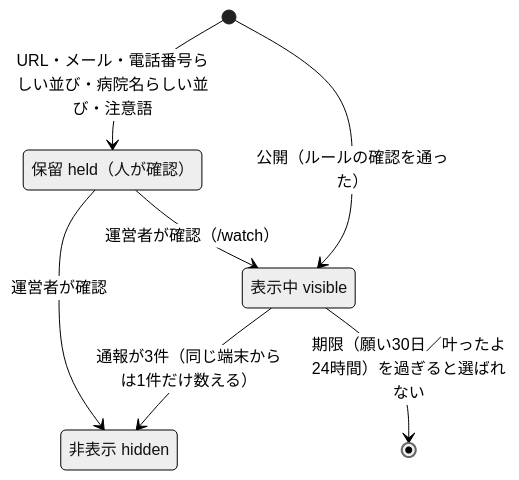
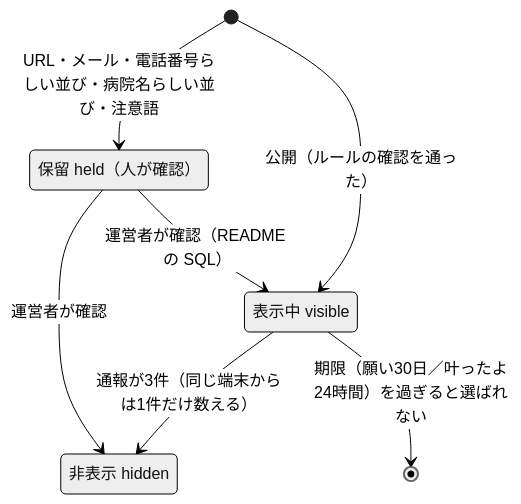
One commit to mai-san447/hello-earth-25143 changed the third of 4 diagrams in docs/状態設計.md. Above: the diagram before and after it, drawn with Mermaid (neutral theme). The commit also changed other lines of this file and 61 other files, not shown here.

````diff
--- a/docs/状態設計.md
+++ b/docs/状態設計.md
@@ -144,12 +124,12 @@
 ```mermaid
 stateDiagram-v2
     state "表示中 visible" as visible
     state "保留 held（人が確認）" as held
     state "非表示 hidden" as hidden
     [*] --> visible : 公開（ルールの確認を通った）
     [*] --> held : URL・メール・電話番号らしい並び・病院名らしい並び・注意語
     visible --> hidden : 通報が3件（同じ端末からは1件だけ数える）
     visible --> [*] : 期限（願い30日／叶ったよ24時間）を過ぎると選ばれない
-    held --> visible : 運営者が確認（/watch）
+    held --> visible : 運営者が確認（README の SQL）
     held --> hidden : 運営者が確認
 ```
````
